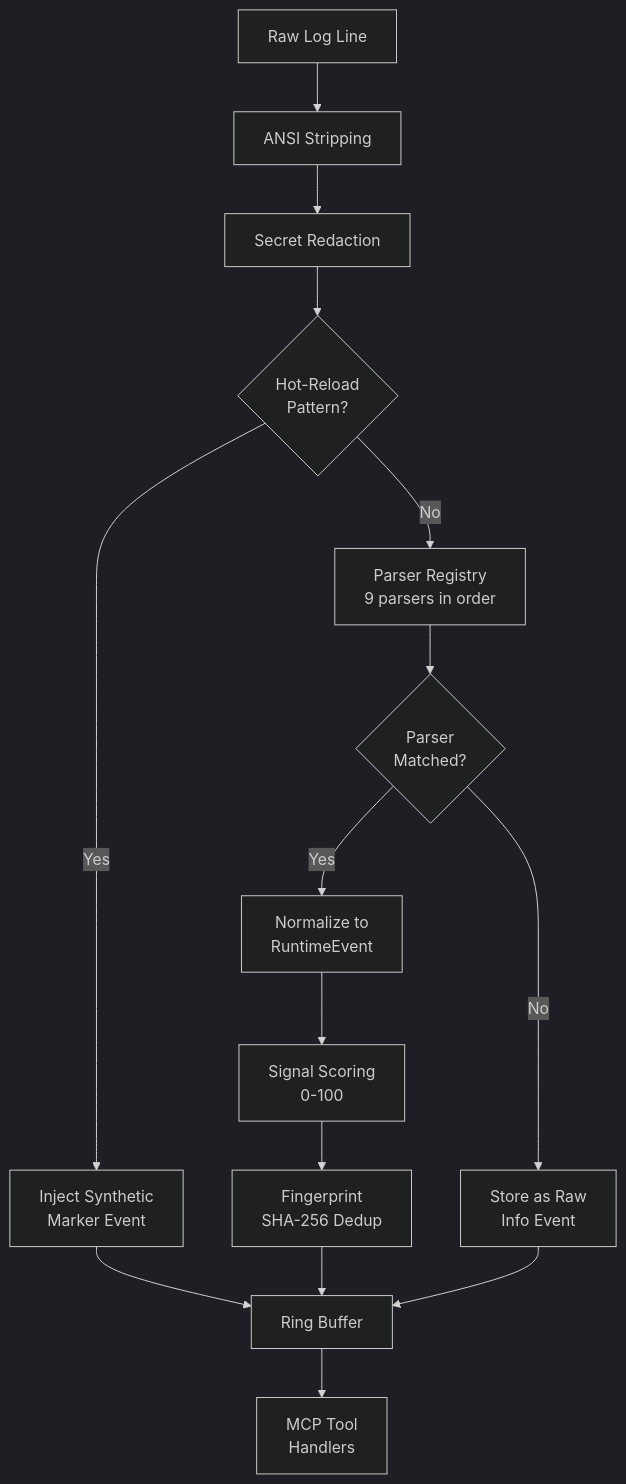
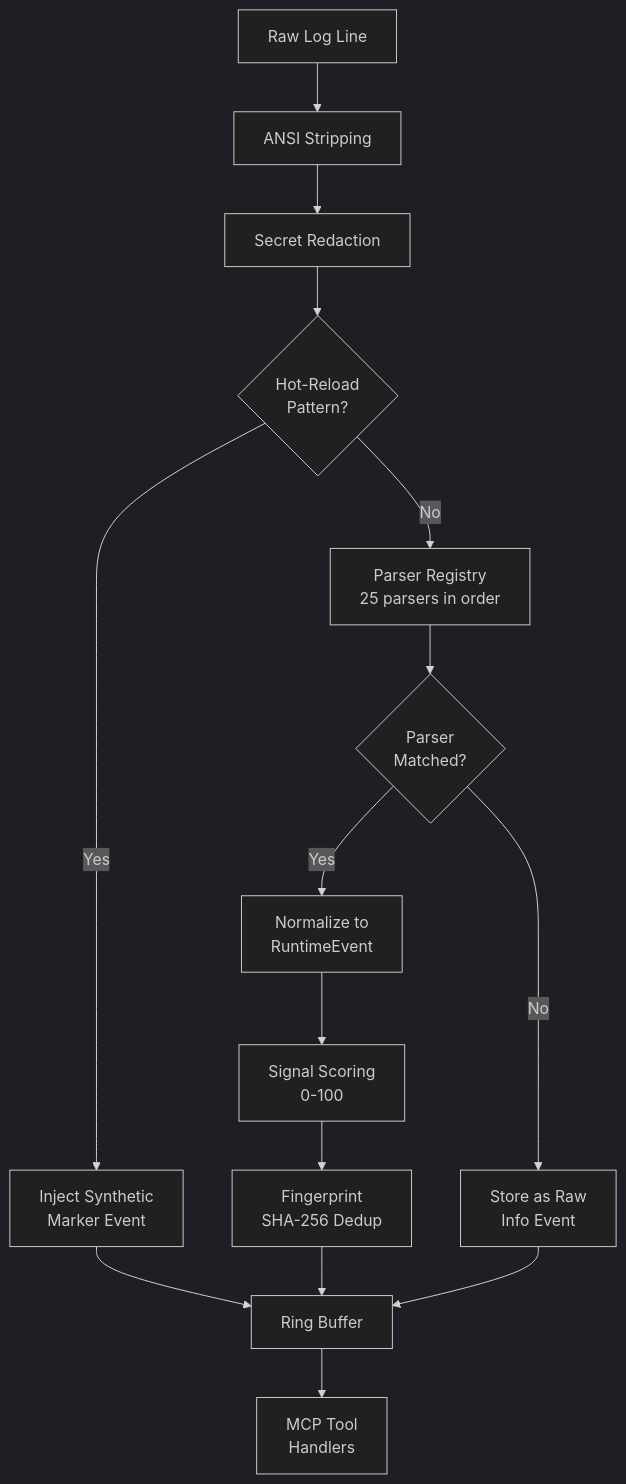
Before and after one commit to sourjya/tracepulse: the second of 10 diagrams in docs/architecture/diagrams.md, drawn with Mermaid (dark theme). The commit also changed 4 other files, not shown here.

````diff
--- a/docs/architecture/diagrams.md
+++ b/docs/architecture/diagrams.md
@@ -26,17 +26,17 @@
 ```mermaid
 flowchart TD
     A[Raw Log Line] --> B[ANSI Stripping]
     B --> C[Secret Redaction]
     C --> D{Hot-Reload<br/>Pattern?}
     D -->|Yes| E[Inject Synthetic<br/>Marker Event]
-    D -->|No| F[Parser Registry<br/>9 parsers in order]
+    D -->|No| F[Parser Registry<br/>25 parsers in order]
     E --> G[Ring Buffer]
     F --> H{Parser<br/>Matched?}
     H -->|Yes| I[Normalize to<br/>RuntimeEvent]
     H -->|No| J[Store as Raw<br/>Info Event]
     I --> K[Signal Scoring<br/>0-100]
     K --> L[Fingerprint<br/>SHA-256 Dedup]
     L --> G
     J --> G
     G --> M[MCP Tool<br/>Handlers]
 ```
````
